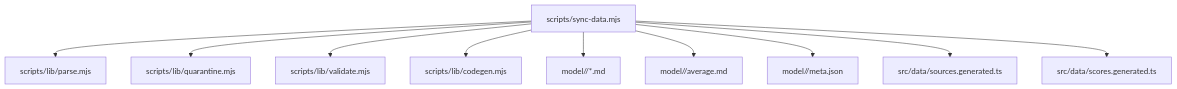
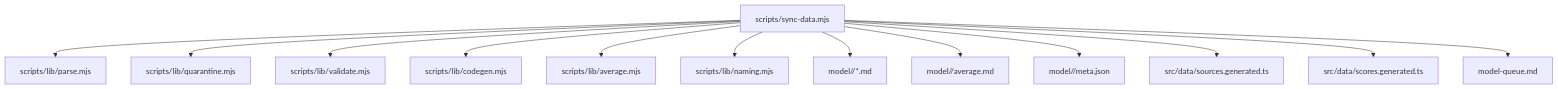
One commit to delirium-dj/modelcomp changed the first of 9 diagrams in .qoder/repowiki/en/content/Data Management System/Data Synchronization Pipeline/Sync Script Overview.md. Above: the diagram before and after it, drawn with Mermaid. The commit also changed other lines of this file and 147 other files, not shown here.

````diff
--- a/.qoder/repowiki/en/content/Data Management System/Data Synchronization Pipeline/Sync Script Overview.md
+++ b/.qoder/repowiki/en/content/Data Management System/Data Synchronization Pipeline/Sync Script Overview.md
@@ -43,12 +58,15 @@
 ```mermaid
 graph TB
 A["scripts/sync-data.mjs"] --> B["scripts/lib/parse.mjs"]
 A --> C["scripts/lib/quarantine.mjs"]
 A --> D["scripts/lib/validate.mjs"]
 A --> E["scripts/lib/codegen.mjs"]
-A --> F["model/<slug>/*.md"]
-A --> G["model/<slug>/average.md"]
-A --> H["model/<slug>/meta.json"]
-A --> I["src/data/sources.generated.ts"]
-A --> J["src/data/scores.generated.ts"]
+A --> F["scripts/lib/average.mjs"]
+A --> G["scripts/lib/naming.mjs"]
+A --> H["model/<slug>/*.md"]
+A --> I["model/<slug>/average.md"]
+A --> J["model/<slug>/meta.json"]
+A --> K["src/data/sources.generated.ts"]
+A --> L["src/data/scores.generated.ts"]
+A --> M["model-queue.md"]
 ```
````
